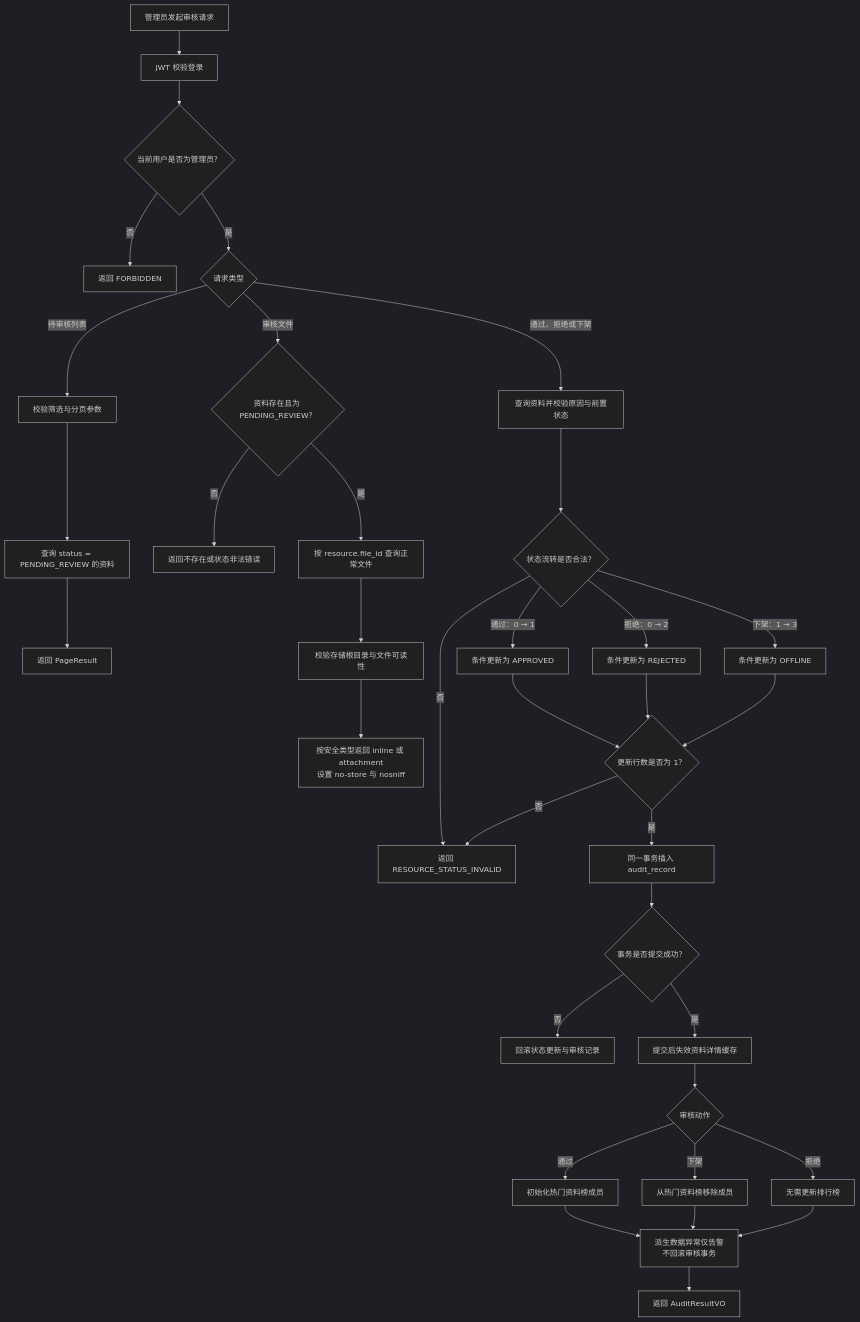
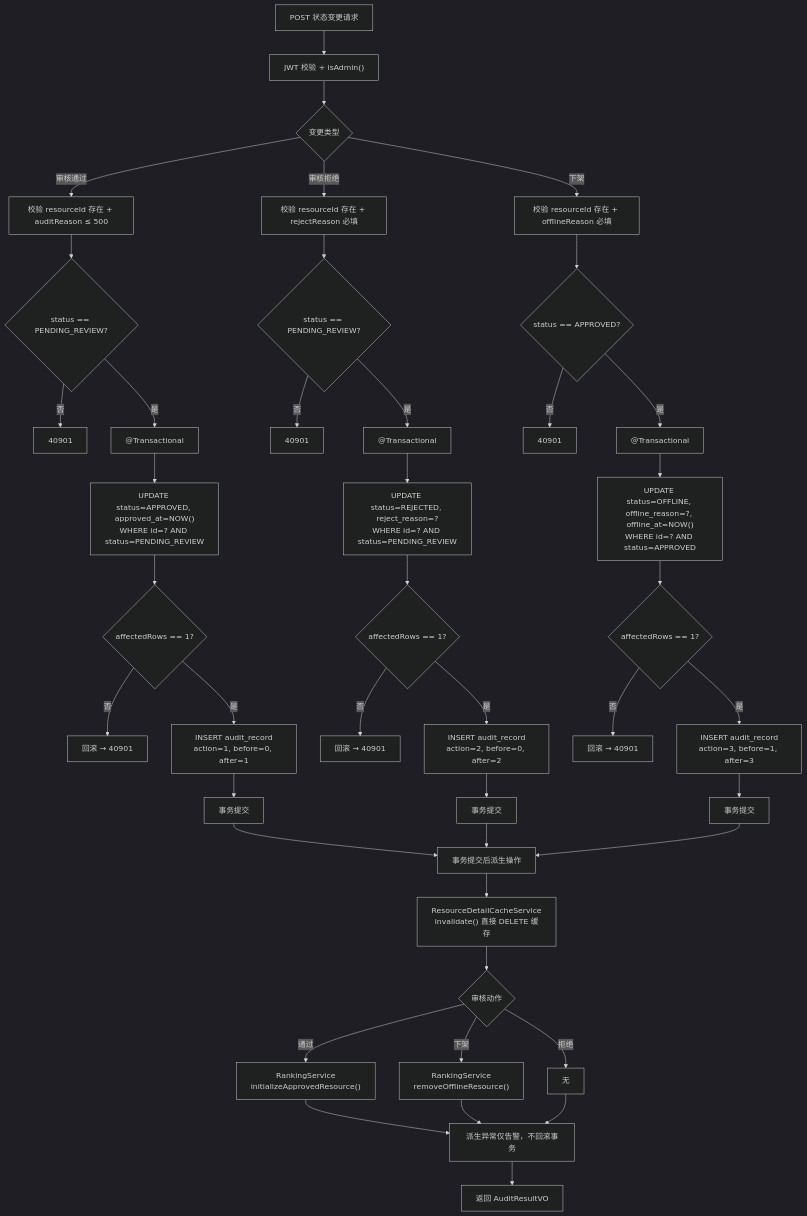
One commit to clear48/campus-resource-platform changed the second of 3 diagrams in docs/modules/05-audit-development-process.md. Above: the diagram before and after it, drawn with Mermaid (dark theme). The commit also changed other lines of this file and 24 other files, not shown here.

````diff
--- a/docs/modules/05-audit-development-process.md
+++ b/docs/modules/05-audit-development-process.md
@@ -315,41 +342,52 @@
 ```mermaid
 flowchart TD
-    A["管理员发起审核请求"] --> B["JWT 校验登录"]
-    B --> C{"当前用户是否为管理员？"}
-    C -- "否" --> X1["返回 FORBIDDEN"]
-    C -- "是" --> D{"请求类型"}
+    A2["POST 状态变更请求"] --> B2["JWT 校验 + isAdmin()"]
+    B2 --> C2{"变更类型"}
 
-    D -- "待审核列表" --> E["校验筛选与分页参数"]
-    E --> F["查询 status = PENDING_REVIEW 的资料"]
-    F --> G["返回 PageResult"]
+    C2 -- "审核通过" --> AP1["校验 resourceId 存在 + auditReason ≤ 500"]
+    AP1 --> AP2{"status == PENDING_REVIEW?"}
+    AP2 -- "否" --> E1["40901"]
+    AP2 -- "是" --> AP_TXN["@Transactional"]
 
-    D -- "审核文件" --> H{"资料存在且为 PENDING_REVIEW？"}
-    H -- "否" --> X2["返回不存在或状态非法错误"]
-    H -- "是" --> I["按 resource.file_id 查询正常文件"]
-    I --> J["校验存储根目录与文件可读性"]
-    J --> K["按安全类型返回 inline 或 attachment<br/>设置 no-store 与 nosniff"]
+    AP_TXN --> AP3["UPDATE status=APPROVED, approved_at=NOW()<br/>WHERE id=? AND status=PENDING_REVIEW"]
+    AP3 --> AP4{"affectedRows == 1?"}
+    AP4 -- "否" --> AP_RB["回滚 → 40901"]
+    AP4 -- "是" --> AP5["INSERT audit_record<br/>action=1, before=0, after=1"]
+    AP5 --> AP6["事务提交"]
 
-    D -- "通过、拒绝或下架" --> L["查询资料并校验原因与前置状态"]
-    L --> M{"状态流转是否合法？"}
-    M -- "通过：0 → 1" --> N1["条件更新为 APPROVED"]
-    M -- "拒绝：0 → 2" --> N2["条件更新为 REJECTED"]
-    M -- "下架：1 → 3" --> N3["条件更新为 OFFLINE"]
-    M -- "否" --> X3["返回 RESOURCE_STATUS_INVALID"]
+    C2 -- "审核拒绝" --> RJ1["校验 resourceId 存在 + rejectReason 必填"]
+    RJ1 --> RJ2{"status == PENDING_REVIEW?"}
+    RJ2 -- "否" --> E2["40901"]
+    RJ2 -- "是" --> RJ_TXN["@Transactional"]
 
-    N1 --> O{"更新行数是否为 1？"}
-    N2 --> O
-    N3 --> O
-    O -- "否" --> X3
-    O -- "是" --> P["同一事务插入 audit_record"]
-    P --> Q{"事务是否提交成功？"}
-    Q -- "否" --> R["回滚状态更新与审核记录"]
-    Q -- "是" --> S["提交后失效资料详情缓存"]
-    S --> T{"审核动作"}
-    T -- "通过" --> U["初始化热门资料榜成员"]
-    T -- "下架" --> V["从热门资料榜移除成员"]
-    T -- "拒绝" --> W["无需更新排行榜"]
-    U --> Y["派生数据异常仅告警<br/>不回滚审核事务"]
-    V --> Y
-    W --> Y
-    Y --> Z["返回 AuditResultVO"]
+    RJ_TXN --> RJ3["UPDATE status=REJECTED, reject_reason=?<br/>WHERE id=? AND status=PENDING_REVIEW"]
+    RJ3 --> RJ4{"affectedRows == 1?"}
+    RJ4 -- "否" --> RJ_RB["回滚 → 40901"]
+    RJ4 -- "是" --> RJ5["INSERT audit_record<br/>action=2, before=0, after=2"]
+    RJ5 --> RJ6["事务提交"]
+
+    C2 -- "下架" --> OF1["校验 resourceId 存在 + offlineReason 必填"]
+    OF1 --> OF2{"status == APPROVED?"}
+    OF2 -- "否" --> E3["40901"]
+    OF2 -- "是" --> OF_TXN["@Transactional"]
+
+    OF_TXN --> OF3["UPDATE status=OFFLINE, offline_reason=?, offline_at=NOW()<br/>WHERE id=? AND status=APPROVED"]
+    OF3 --> OF4{"affectedRows == 1?"}
+    OF4 -- "否" --> OF_RB["回滚 → 40901"]
+    OF4 -- "是" --> OF5["INSERT audit_record<br/>action=3, before=1, after=3"]
+    OF5 --> OF6["事务提交"]
+
+    AP6 --> POST["事务提交后派生操作"]
+    RJ6 --> POST
+    OF6 --> POST
+
+    POST --> P1["ResourceDetailCacheService<br/>invalidate() 直接 DELETE 缓存"]
+    P1 --> P2{"审核动作"}
+    P2 -- "通过" --> P3["RankingService<br/>initializeApprovedResource()"]
+    P2 -- "下架" --> P4["RankingService<br/>removeOfflineResource()"]
+    P2 -- "拒绝" --> P5["无"]
+    P3 --> P6["派生异常仅告警，不回滚事务"]
+    P4 --> P6
+    P5 --> P6
+    P6 --> RESULT["返回 AuditResultVO"]
 ```
````
